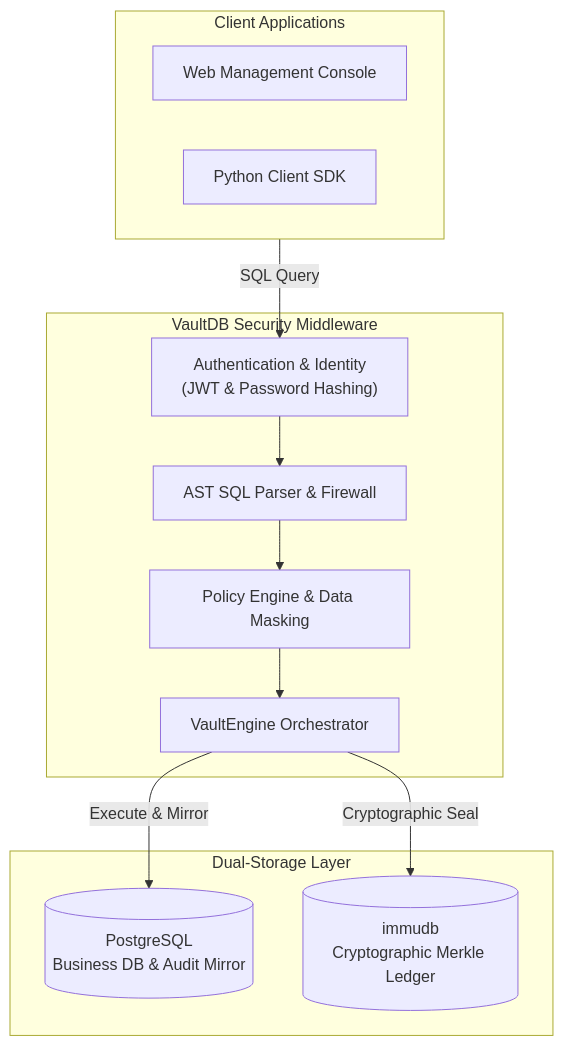
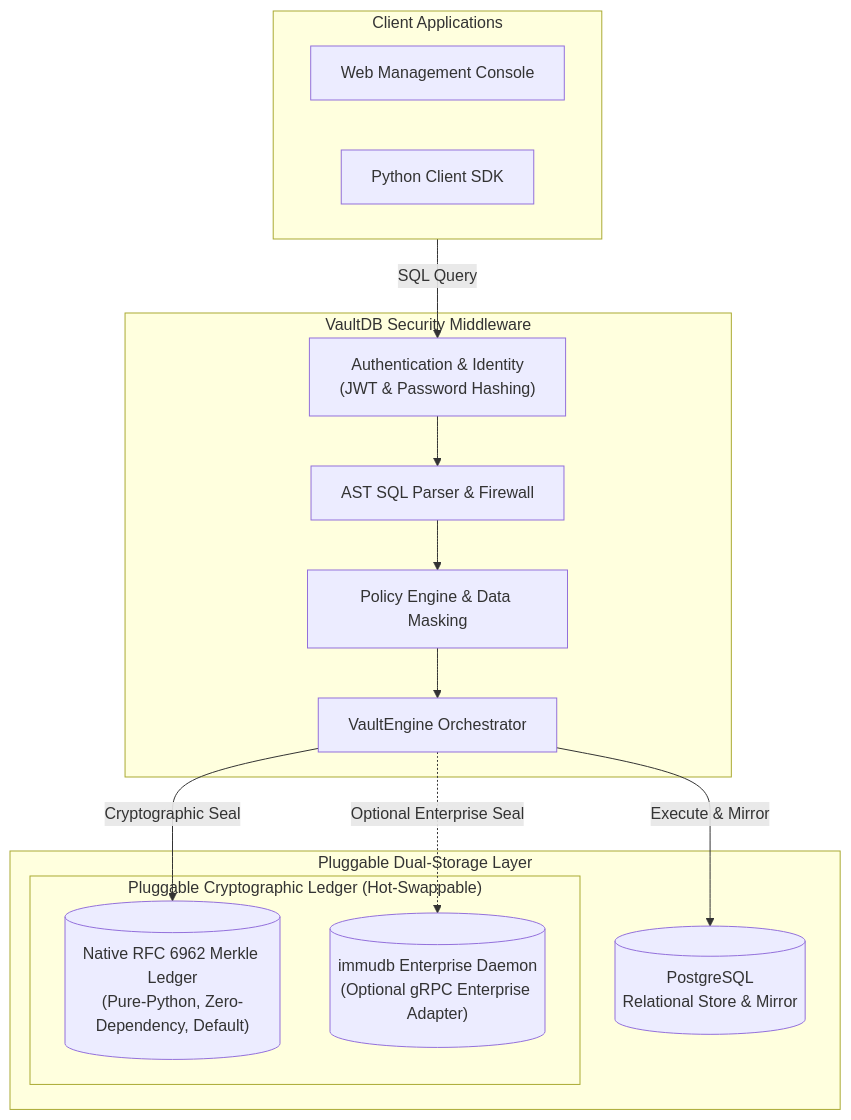
The first of 3 diagrams in README.md (Sejal-hani/Vault_DB), drawn with Mermaid before and after one commit. The commit also changed other lines of this file and 4 other files, not shown here.

Commit message:
docs & core: document native RFC 6962 Merkle tree and pluggable immudb architecture, relocate syllabus to docs, and optimize multi-instance ledger sync

````diff
--- a/README.md
+++ b/README.md
@@ -58,25 +65,29 @@
 ```mermaid
 flowchart TD
     subgraph Clients ["Client Applications"]
         UI["Web Management Console"]
         SDK["Python Client SDK"]
     end
 
     subgraph Middleware ["VaultDB Security Middleware"]
         Auth["Authentication & Identity<br/>(JWT & Password Hashing)"]
         Parser["AST SQL Parser & Firewall"]
         Policy["Policy Engine & Data Masking"]
         Engine["VaultEngine Orchestrator"]
 
         Auth --> Parser --> Policy --> Engine
     end
 
-    subgraph Storage ["Dual-Storage Layer"]
-        PG[("PostgreSQL<br/>Business DB & Audit Mirror")]
-        Immu[("immudb<br/>Cryptographic Merkle Ledger")]
+    subgraph Storage ["Pluggable Dual-Storage Layer"]
+        PG[("PostgreSQL<br/>Relational Store & Mirror")]
+        subgraph LedgerEngines ["Pluggable Cryptographic Ledger (Hot-Swappable)"]
+            Native[("Native RFC 6962 Merkle Ledger<br/>(Pure-Python, Zero-Dependency, Default)")]
+            Immu[("immudb Enterprise Daemon<br/>(Optional gRPC Enterprise Adapter)")]
+        end
     end
 
     Clients -->|SQL Query| Auth
     Engine -->|Execute & Mirror| PG
-    Engine -->|Cryptographic Seal| Immu
+    Engine -->|Cryptographic Seal| Native
+    Engine -.->|Optional Enterprise Seal| Immu
 ```
````
